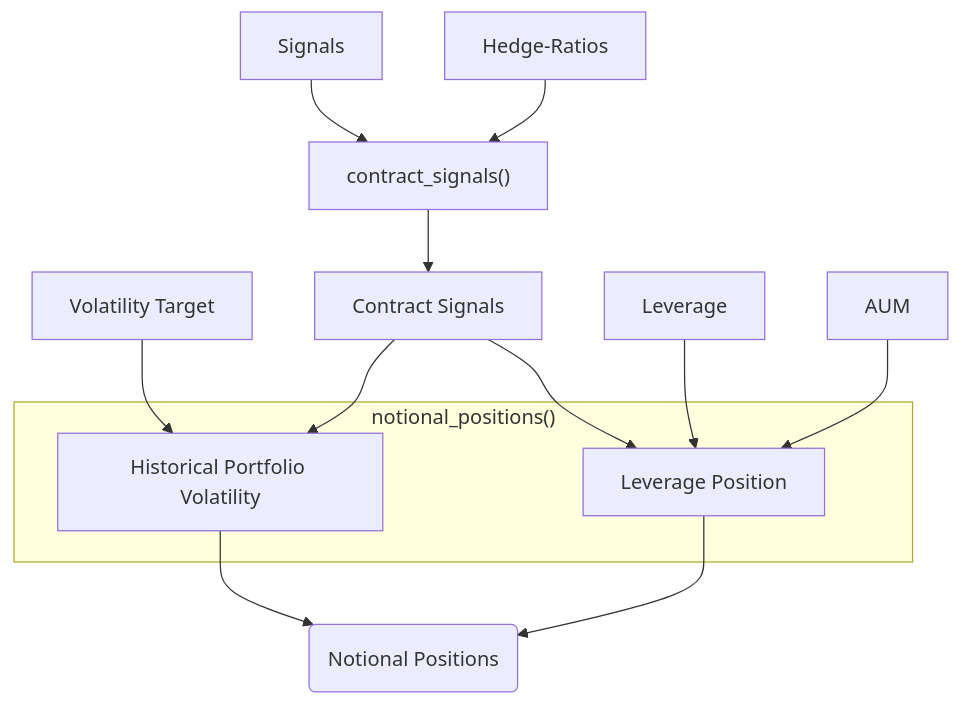
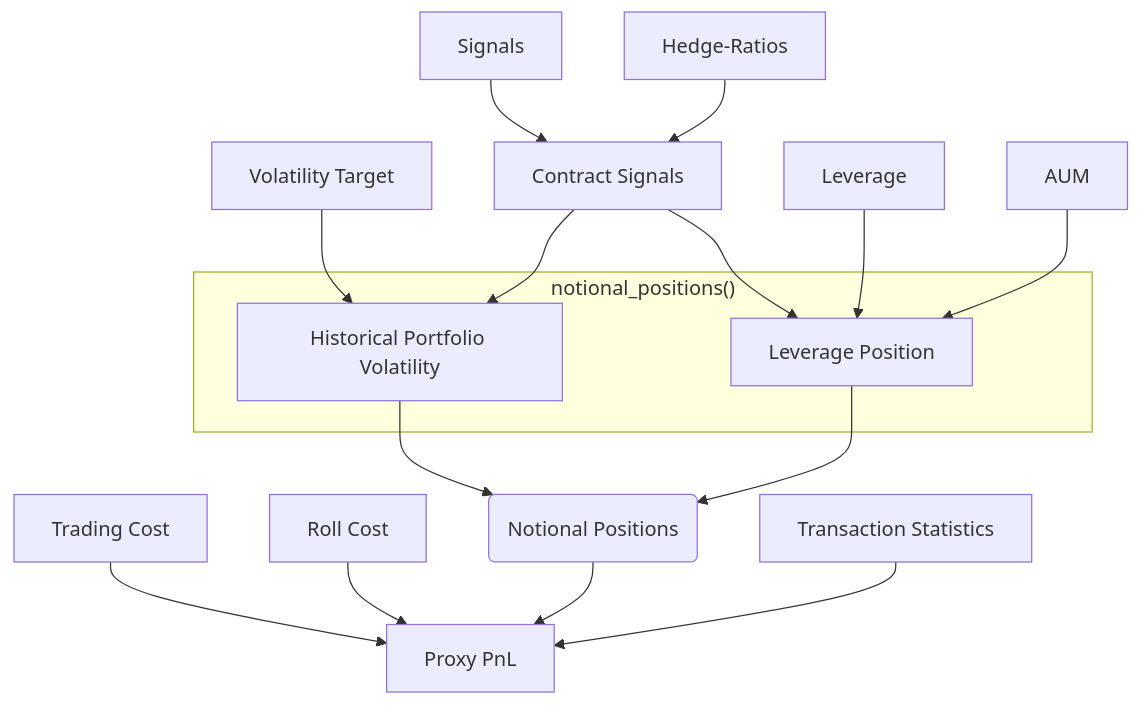
The diagram in macrosynergy/pnl/README.md (macrosynergy/macrosynergy), drawn with Mermaid before and after one commit.

Commit message:
updating chart

````diff
--- a/macrosynergy/pnl/README.md
+++ b/macrosynergy/pnl/README.md
@@ -31,34 +31,44 @@
 ```mermaid
   flowchart TD;
       Sig[Signals]
       HR[Hedge-Ratios]
-      CSf["`contract_signals()`"]
       CS[Contract Signals]
       AUM[AUM]
       LVG[Leverage]
       LVGP[Leverage Position]
       VT[Volatility Target]
-      NPx(Notional Positions)
+      NP(Notional Positions)
       HPV[Historical Portfolio Volatility]
+      TC[Trading Cost]
+      RC[Roll Cost]
+      Distr[Transaction Statistics]
+      PP[Proxy PnL]
 
-      Sig-->CSf
-      HR-->CSf
+      Sig-->CS
+      HR-->CS
 
-      CSf-->CS
       VT-->HPV
       CS-->HPV
       CS-->LVGP
       LVG-->LVGP
       AUM-->LVGP
 
       subgraph "`notional_positions()`"
         HPV
         LVGP
       end
 
-      HPV-->NPx
-      LVGP-->NPx
+      HPV-->NP
+      LVGP-->NP
 
-    
+      TC-->PP
+      RC-->PP
+      NP-->PP
+      Distr-->PP
+
+
+
+
+
 
 ```
````
